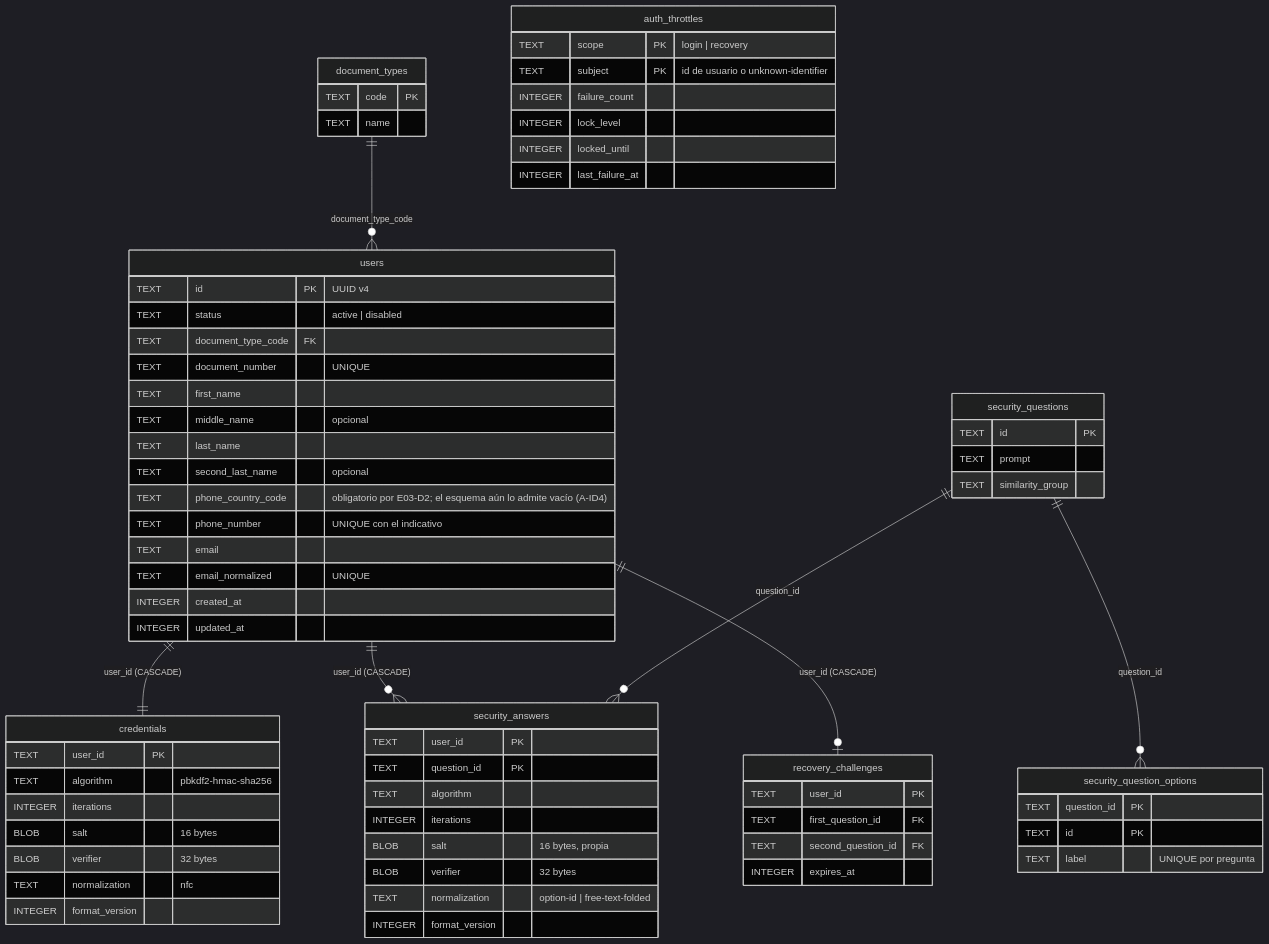
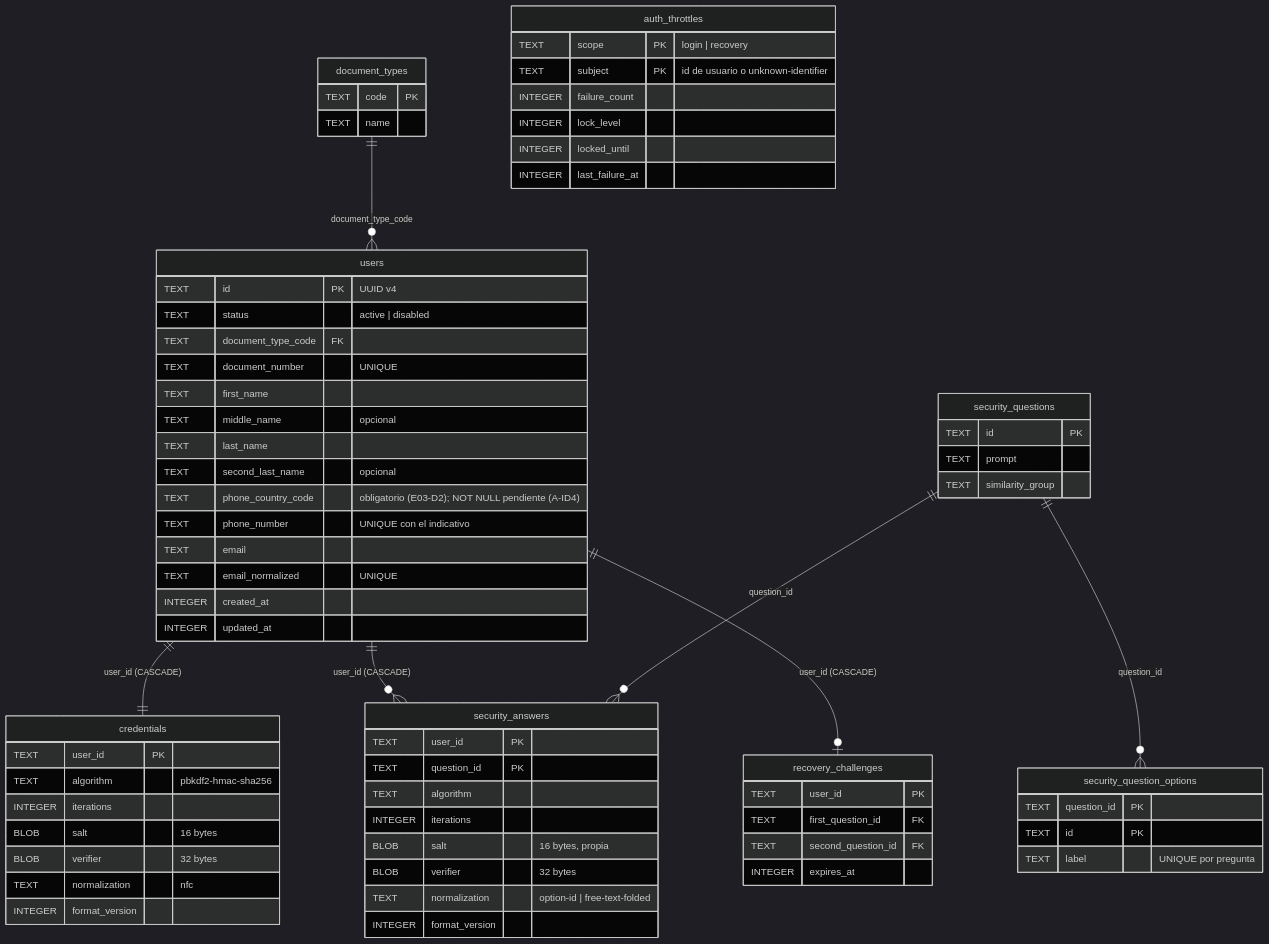
The diagram in docs/arquitectura-identidad.md (Akiraz14/GFP), drawn with Mermaid (dark theme) before and after one commit. The commit also changed other lines of this file and 4 other files, not shown here.

````diff
--- a/docs/arquitectura-identidad.md
+++ b/docs/arquitectura-identidad.md
@@ -52,72 +52,72 @@
 ```mermaid
 erDiagram
   document_types ||--o{ users : "document_type_code"
   users ||--|| credentials : "user_id (CASCADE)"
   users ||--o{ security_answers : "user_id (CASCADE)"
   security_questions ||--o{ security_answers : "question_id"
   security_questions ||--o{ security_question_options : "question_id"
   users ||--o| recovery_challenges : "user_id (CASCADE)"
   users {
     TEXT id PK "UUID v4"
     TEXT status "active | disabled"
     TEXT document_type_code FK
     TEXT document_number "UNIQUE"
     TEXT first_name
     TEXT middle_name "opcional"
     TEXT last_name
     TEXT second_last_name "opcional"
-    TEXT phone_country_code "obligatorio por E03-D2; el esquema aún lo admite vacío (A-ID4)"
+    TEXT phone_country_code "obligatorio (E03-D2); NOT NULL pendiente (A-ID4)"
     TEXT phone_number "UNIQUE con el indicativo"
     TEXT email
     TEXT email_normalized "UNIQUE"
     INTEGER created_at
     INTEGER updated_at
   }
   credentials {
     TEXT user_id PK
     TEXT algorithm "pbkdf2-hmac-sha256"
     INTEGER iterations
     BLOB salt "16 bytes"
     BLOB verifier "32 bytes"
     TEXT normalization "nfc"
     INTEGER format_version
   }
   security_answers {
     TEXT user_id PK
     TEXT question_id PK
     TEXT algorithm
     INTEGER iterations
     BLOB salt "16 bytes, propia"
     BLOB verifier "32 bytes"
     TEXT normalization "option-id | free-text-folded"
     INTEGER format_version
   }
   security_questions {
     TEXT id PK
     TEXT prompt
     TEXT similarity_group
   }
   security_question_options {
     TEXT question_id PK
     TEXT id PK
     TEXT label "UNIQUE por pregunta"
   }
   recovery_challenges {
     TEXT user_id PK
     TEXT first_question_id FK
     TEXT second_question_id FK
     INTEGER expires_at
   }
   auth_throttles {
     TEXT scope PK "login | recovery"
     TEXT subject PK "id de usuario o unknown-identifier"
     INTEGER failure_count
     INTEGER lock_level
     INTEGER locked_until
     INTEGER last_failure_at
   }
   document_types {
     TEXT code PK
     TEXT name
   }
 ```
````
